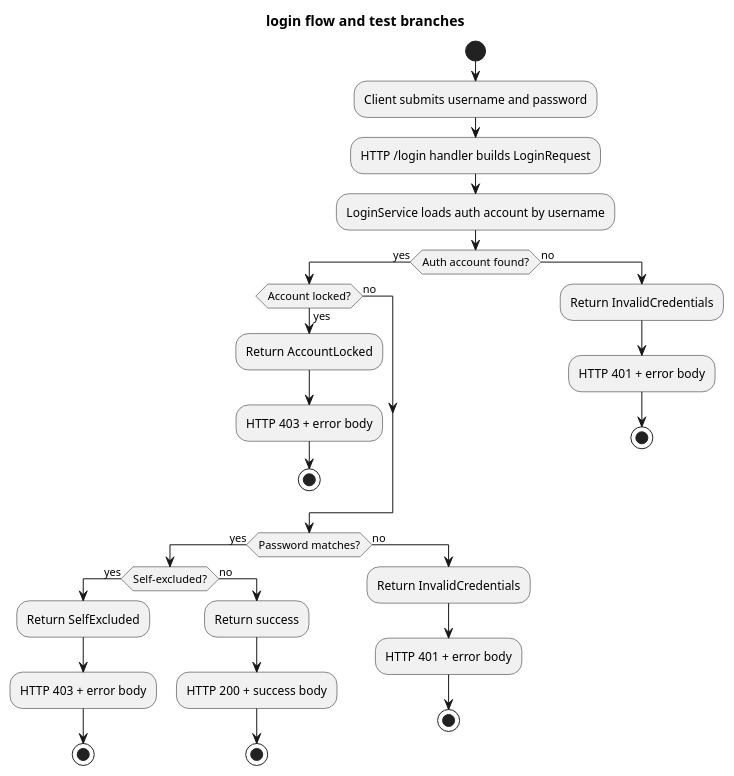
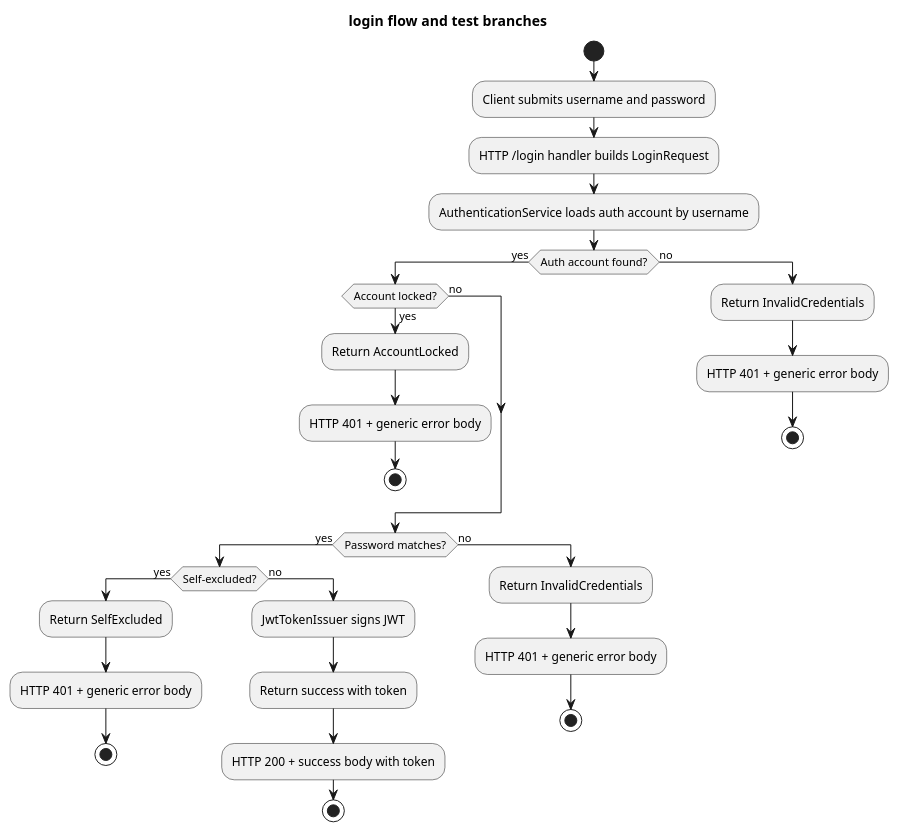
The diagram in docs/login-flow-tests.puml (smileysmiles/login-base), drawn with PlantUML before and after one commit. The commit also changed 17 other files, not shown here.

Commit message:
Add JWT issuance to login success path

```diff
--- a/docs/login-flow-tests.puml
+++ b/docs/login-flow-tests.puml
@@ -1,38 +1,39 @@
 @startuml
 title login flow and test branches
 
 start
 :Client submits username and password;
 :HTTP /login handler builds LoginRequest;
-:LoginService loads auth account by username;
+:AuthenticationService loads auth account by username;
 
 if (Auth account found?) then (yes)
   if (Account locked?) then (yes)
     :Return AccountLocked;
-    :HTTP 403 + error body;
+    :HTTP 401 + generic error body;
     stop
   else (no)
   endif
 
   if (Password matches?) then (yes)
     if (Self-excluded?) then (yes)
       :Return SelfExcluded;
-      :HTTP 403 + error body;
+      :HTTP 401 + generic error body;
       stop
     else (no)
-      :Return success;
-      :HTTP 200 + success body;
+      :JwtTokenIssuer signs JWT;
+      :Return success with token;
+      :HTTP 200 + success body with token;
       stop
     endif
   else (no)
     :Return InvalidCredentials;
-    :HTTP 401 + error body;
+    :HTTP 401 + generic error body;
     stop
   endif
 else (no)
   :Return InvalidCredentials;
-  :HTTP 401 + error body;
+  :HTTP 401 + generic error body;
   stop
 endif
 
 @enduml
```
